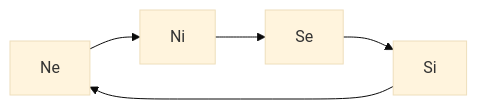
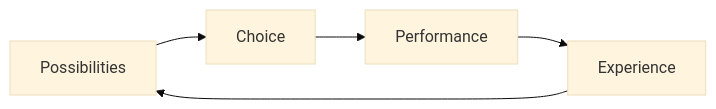
Before and after one commit to Heart4sides/DigitalGarden: the second of 2 diagrams in src/site/notes/CARDS/Depth Psychology Theory/Wheel of Perception.md, drawn with Mermaid (base theme). The commit also changed other lines of this file, not shown here.

````diff
--- a/src/site/notes/CARDS/Depth Psychology Theory/Wheel of Perception.md
+++ b/src/site/notes/CARDS/Depth Psychology Theory/Wheel of Perception.md
@@ -12,7 +12,7 @@
 ```mermaid
 
 graph LR; 
 
-Ne --> Ni --> Se --> Si --> Ne
+Possibilities --> Choice --> Performance --> Experience --> Possibilities
 
 ```
````
